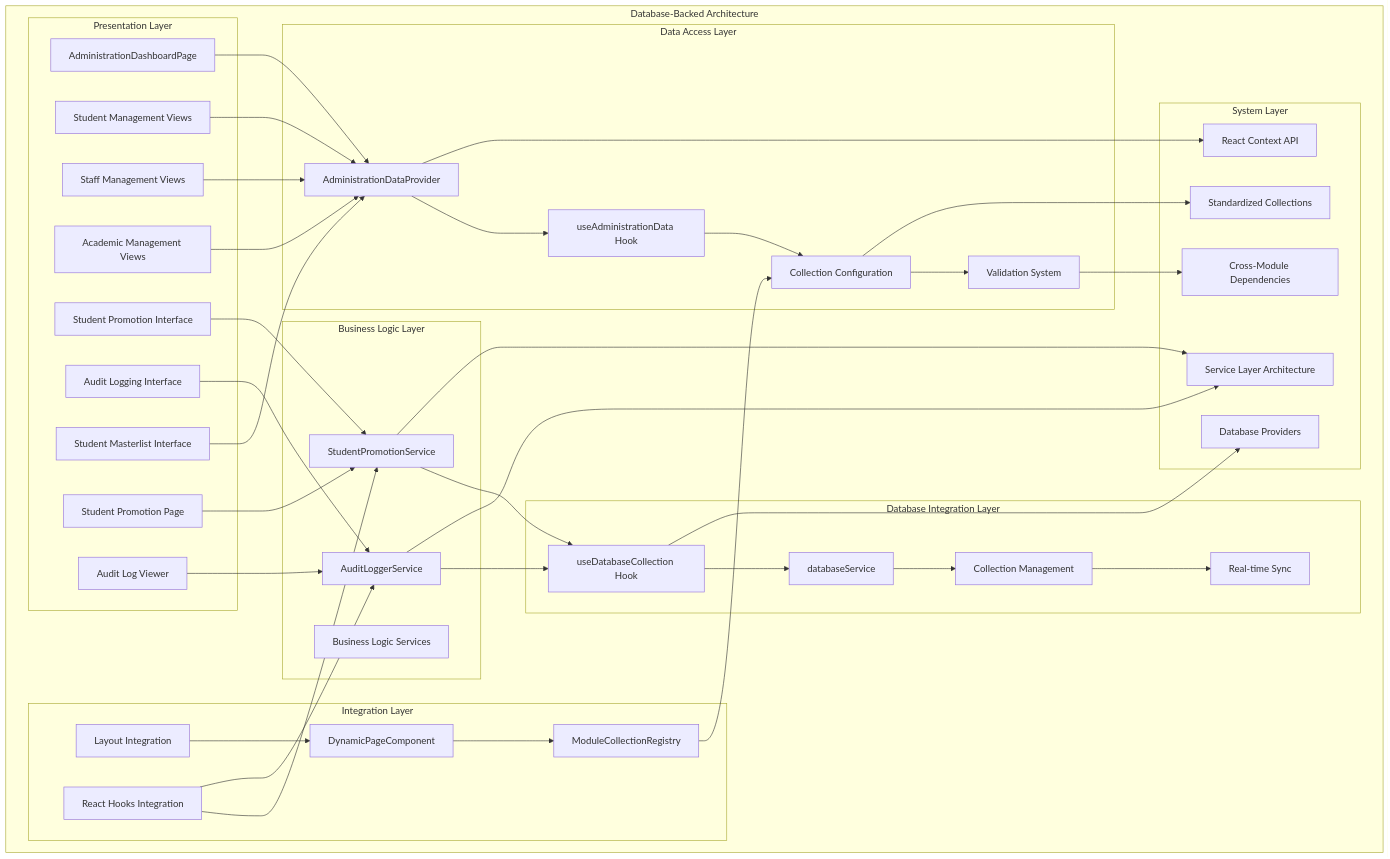
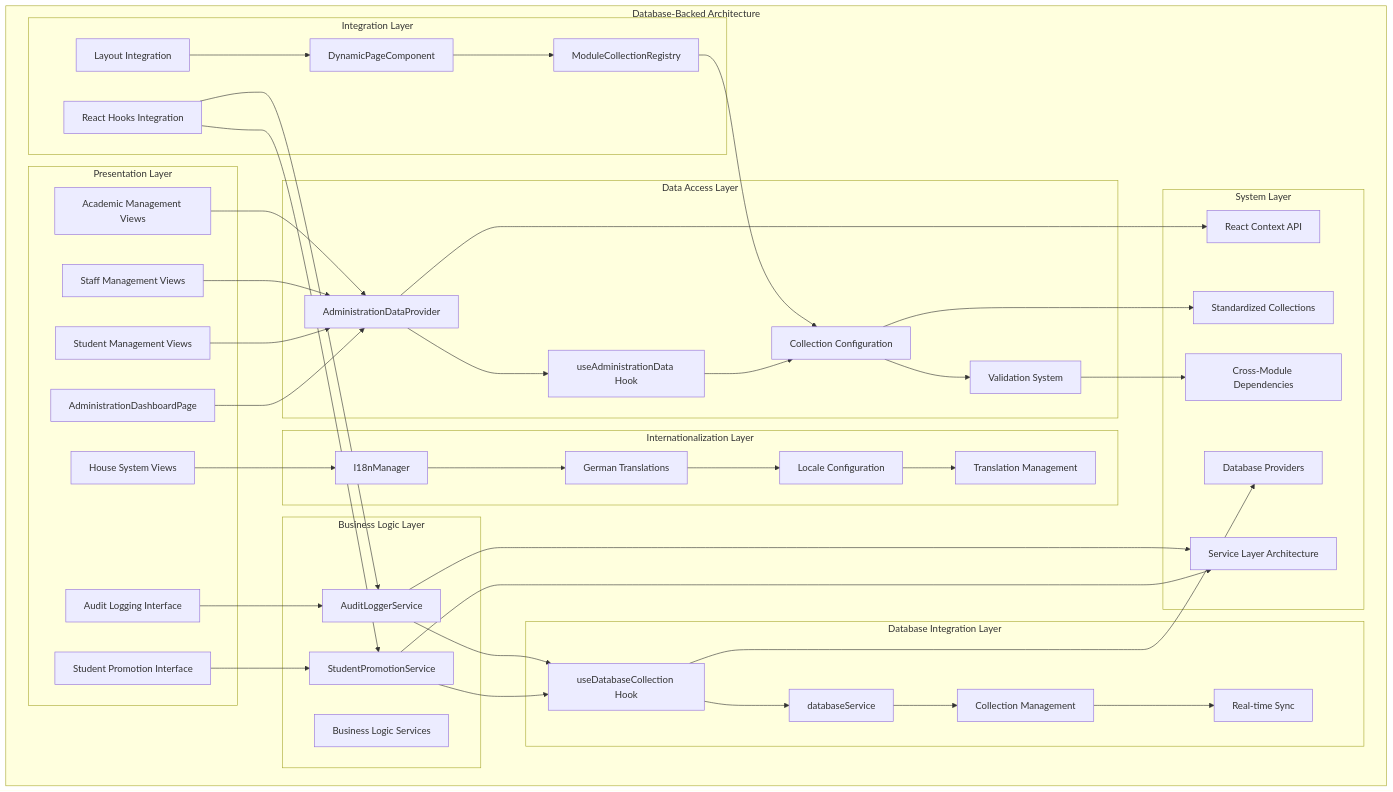
One commit to geniusdynamics/schoolpilot changed the second of 5 diagrams in .qoder/repowiki/en/content/Modules System/Administration Module.md. Above: the diagram before and after it, drawn with Mermaid. The commit also changed other lines of this file and 16 other files, not shown here.

````diff
--- a/.qoder/repowiki/en/content/Modules System/Administration Module.md
+++ b/.qoder/repowiki/en/content/Modules System/Administration Module.md
@@ -167,74 +170,79 @@
 ```mermaid
 graph TB
 subgraph "Database-Backed Architecture"
 subgraph "Presentation Layer"
 A[AdministrationDashboardPage]
 B[Student Management Views]
 C[Staff Management Views]
 D[Academic Management Views]
 E[Student Promotion Interface]
 F[Audit Logging Interface]
-G[Student Masterlist Interface]
-H[Student Promotion Page]
-I[Audit Log Viewer]
+G[House System Views]
 end
 subgraph "Data Access Layer"
-J[AdministrationDataProvider]
-K[useAdministrationData Hook]
-L[Collection Configuration]
-M[Validation System]
+H[AdministrationDataProvider]
+I[useAdministrationData Hook]
+J[Collection Configuration]
+K[Validation System]
 end
 subgraph "Business Logic Layer"
-N[StudentPromotionService]
-O[AuditLoggerService]
-P[Business Logic Services]
+L[StudentPromotionService]
+M[AuditLoggerService]
+N[Business Logic Services]
 end
 subgraph "Database Integration Layer"
-Q[useDatabaseCollection Hook]
-R[databaseService]
-S[Collection Management]
-T[Real-time Sync]
+O[useDatabaseCollection Hook]
+P[databaseService]
+Q[Collection Management]
+R[Real-time Sync]
 end
 subgraph "Integration Layer"
-U[ModuleCollectionRegistry]
-V[DynamicPageComponent]
-W[Layout Integration]
-X[React Hooks Integration]
+S[ModuleCollectionRegistry]
+T[DynamicPageComponent]
+U[Layout Integration]
+V[React Hooks Integration]
+end
+subgraph "Internationalization Layer"
+W[I18nManager]
+X[German Translations]
+Y[Locale Configuration]
+Z[Translation Management]
 end
 subgraph "System Layer"
-Y[React Context API]
-Z[Standardized Collections]
-AA[Cross-Module Dependencies]
-BB[Database Providers]
-CC[Service Layer Architecture]
+AA[React Context API]
+BB[Standardized Collections]
+CC[Cross-Module Dependencies]
+DD[Database Providers]
+EE[Service Layer Architecture]
 end
 end
-A --> J
-B --> J
-C --> J
-D --> J
-E --> N
-F --> O
-G --> J
-H --> N
-I --> O
+A --> H
+B --> H
+C --> H
+D --> H
+E --> L
+F --> M
+G --> W
+H --> I
+I --> J
 J --> K
-K --> L
-L --> M
-N --> Q
-O --> Q
+L --> O
+M --> O
+O --> P
+P --> Q
 Q --> R
-R --> S
-S --> T
-U --> L
-V --> U
-W --> V
-X --> N
-X --> O
-J --> Y
-L --> Z
-M --> AA
-Q --> BB
-N --> CC
-O --> CC
+S --> J
+T --> S
+U --> T
+V --> L
+V --> M
+W --> X
+X --> Y
+Y --> Z
+H --> AA
+J --> BB
+K --> CC
+O --> DD
+L --> EE
+M --> EE
 ```
````
